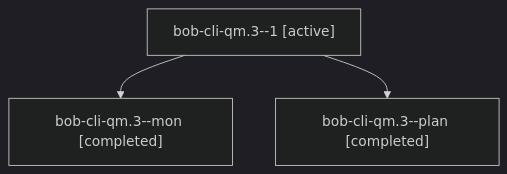
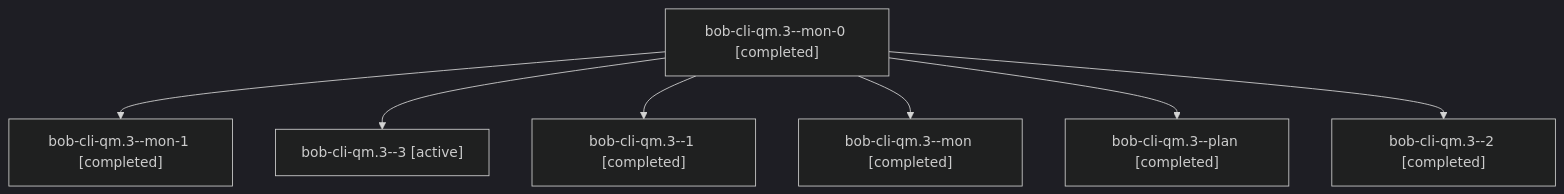
Before and after one commit to bobs-org/bob-cli--agents: the diagram in sessions/bbugyi200.athena.bob-cli-qm.3.md, drawn with Mermaid (dark theme). The commit also changed other lines of this file and 63 other files, not shown here.

````diff
--- a/sessions/bbugyi200.athena.bob-cli-qm.3.md
+++ b/sessions/bbugyi200.athena.bob-cli-qm.3.md
@@ -9,8 +9,16 @@
 ```mermaid
 flowchart TD
-  n0["bob-cli-qm.3--1 [active]"]
-  n1["bob-cli-qm.3--mon [completed]"]
+  n0["bob-cli-qm.3--mon-0 [completed]"]
+  n1["bob-cli-qm.3--mon-1 [completed]"]
   n0 --> n1
-  n2["bob-cli-qm.3--plan [completed]"]
+  n2["bob-cli-qm.3--3 [active]"]
   n0 --> n2
+  n3["bob-cli-qm.3--1 [completed]"]
+  n0 --> n3
+  n4["bob-cli-qm.3--mon [completed]"]
+  n0 --> n4
+  n5["bob-cli-qm.3--plan [completed]"]
+  n0 --> n5
+  n6["bob-cli-qm.3--2 [completed]"]
+  n0 --> n6
 ```
````
